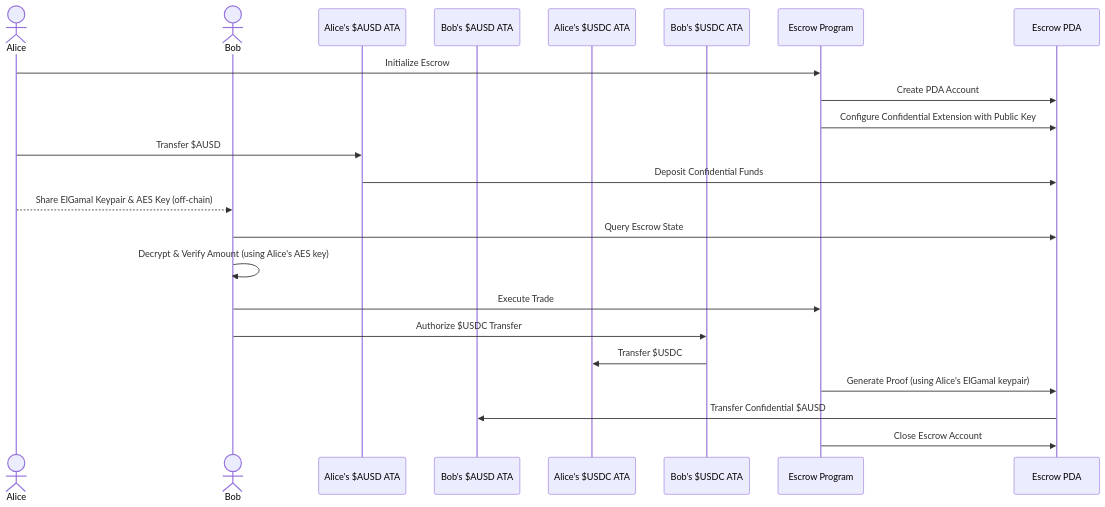
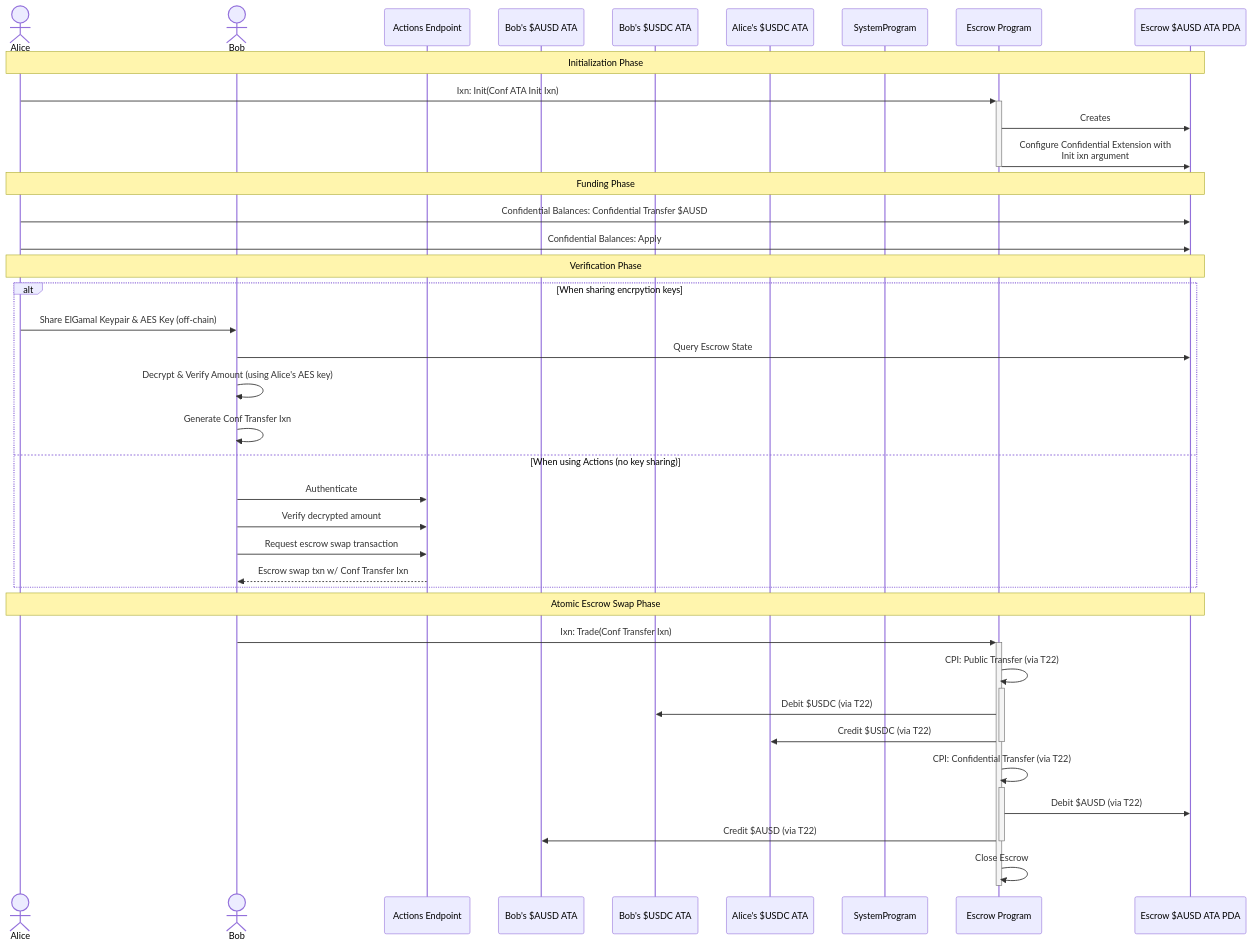
One commit to kilogold/confidential_escrow changed the second of 3 diagrams in readme.md. Above: the diagram before and after it, drawn with Mermaid.

Commit message:
Updated thesis

````diff
--- a/readme.md
+++ b/readme.md
@@ -93,33 +93,49 @@
 ```mermaid
 sequenceDiagram
     actor Alice
     actor Bob
-    participant AliceATA as Alice's $AUSD ATA
+    %%participant AliceATA as Alice's $AUSD ATA
+    participant Actions as Actions Endpoint
     participant BobATA as Bob's $AUSD ATA
+    participant BobUSLC as Bob's $USDC ATA
     participant AliceUSLC as Alice's $USDC ATA
-    participant BobUSLC as Bob's $USDC ATA
+    participant SystemProgram
     participant EscrowProgram as Escrow Program
-    participant EscrowPDA as Escrow PDA
+    participant EscrowPDA as Escrow $AUSD ATA PDA
 
-    %% Initialization Phase
-    Alice->>EscrowProgram: Initialize Escrow
-    EscrowProgram->>EscrowPDA: Create PDA Account
-    EscrowProgram->>EscrowPDA: Configure Confidential Extension with Public Key
-    Alice->>AliceATA: Transfer $AUSD
-    AliceATA->>EscrowPDA: Deposit Confidential Funds
-    Alice-->>Bob: Share ElGamal Keypair & AES Key (off-chain)
+    Note over Alice,EscrowPDA: Initialization Phase
+    Alice->>+EscrowProgram: Ixn: Init(Conf ATA Init Ixn) 
+    EscrowProgram->>EscrowPDA: Creates
+    EscrowProgram->>-EscrowPDA: Configure Confidential Extension with <br>Init ixn argument
+
+    Note over Alice,EscrowPDA: Funding Phase
+    Alice->>EscrowPDA: Confidential Balances: Confidential Transfer $AUSD
+    Alice->>EscrowPDA: Confidential Balances: Apply
     
-    %% Verification Phase
+    Note over Alice,EscrowPDA: Verification Phase
+    alt When sharing encrpytion keys
+    Alice->>Bob: Share ElGamal Keypair & AES Key (off-chain)
     Bob->>EscrowPDA: Query Escrow State
     Bob->>Bob: Decrypt & Verify Amount (using Alice's AES key)
+    Bob->>Bob: Generate Conf Transfer Ixn
     
-    %% Execution Phase
-    Bob->>EscrowProgram: Execute Trade
-    Bob->>BobUSLC: Authorize $USDC Transfer
-    BobUSLC->>AliceUSLC: Transfer $USDC
-    
-    %% Completion Phase
-    EscrowProgram->>EscrowPDA: Generate Proof (using Alice's ElGamal keypair)
-    EscrowPDA->>BobATA: Transfer Confidential $AUSD
-    EscrowProgram->>EscrowPDA: Close Escrow Account
+    else When using Actions (no key sharing)
+    Bob->>Actions: Authenticate
+    Bob->>Actions: Verify decrypted amount
+    Bob->>Actions: Request escrow swap transaction
+    Actions-->>Bob: Escrow swap txn w/ Conf Transfer Ixn
+
+
+    end
+
+    Note over Alice,EscrowPDA: Atomic Escrow Swap Phase
+    Bob->>+EscrowProgram: Ixn: Trade(Conf Transfer Ixn)
+    EscrowProgram->>+EscrowProgram: CPI: Public Transfer (via T22)
+
+    EscrowProgram->>BobUSLC: Debit $USDC (via T22)
+    EscrowProgram->>-AliceUSLC: Credit $USDC (via T22)
+    EscrowProgram->>+EscrowProgram: CPI: Confidential Transfer (via T22)
+    EscrowProgram->>EscrowPDA: Debit $AUSD (via T22)
+    EscrowProgram->>-BobATA: Credit $AUSD (via T22)
+    EscrowProgram->>-EscrowProgram: Close Escrow
 ```
````
